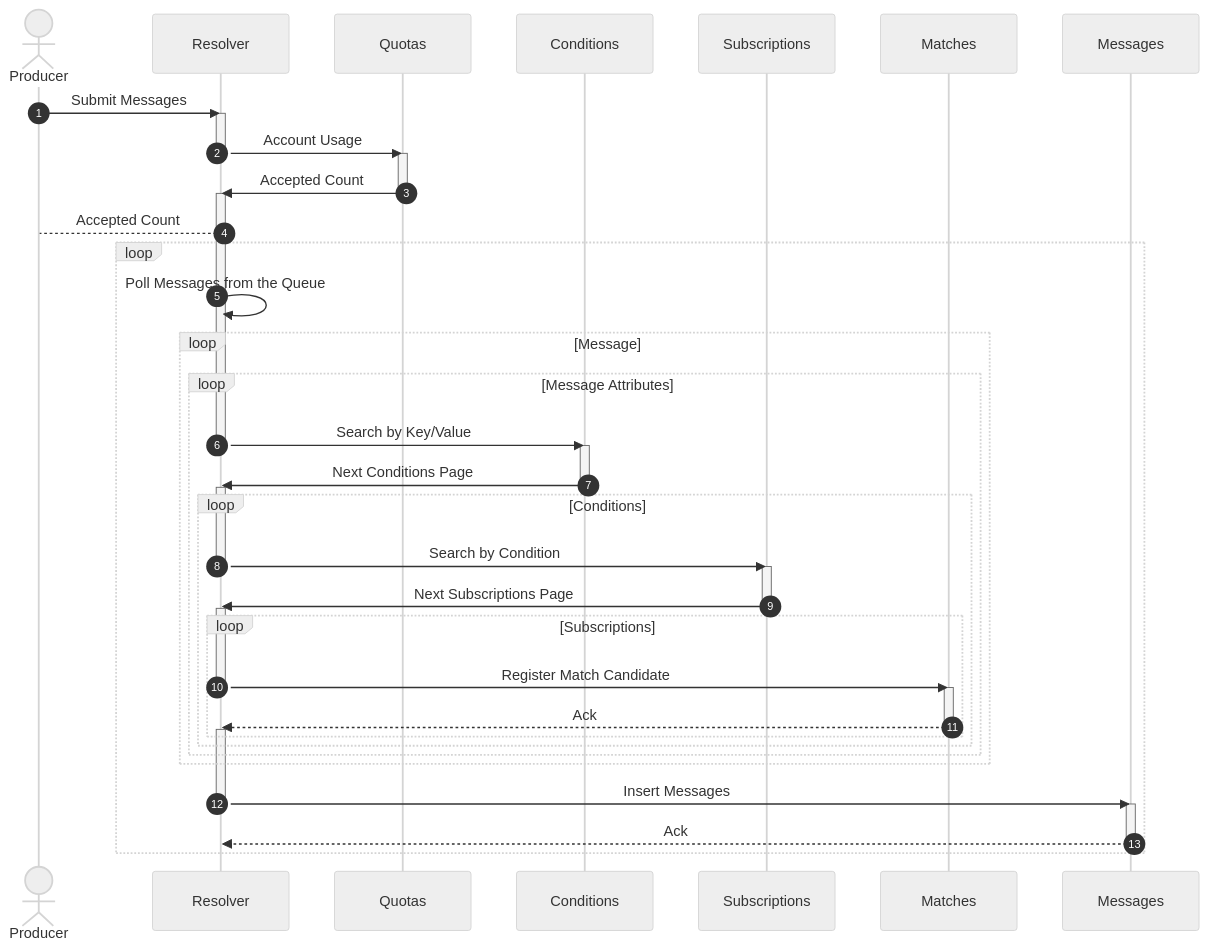
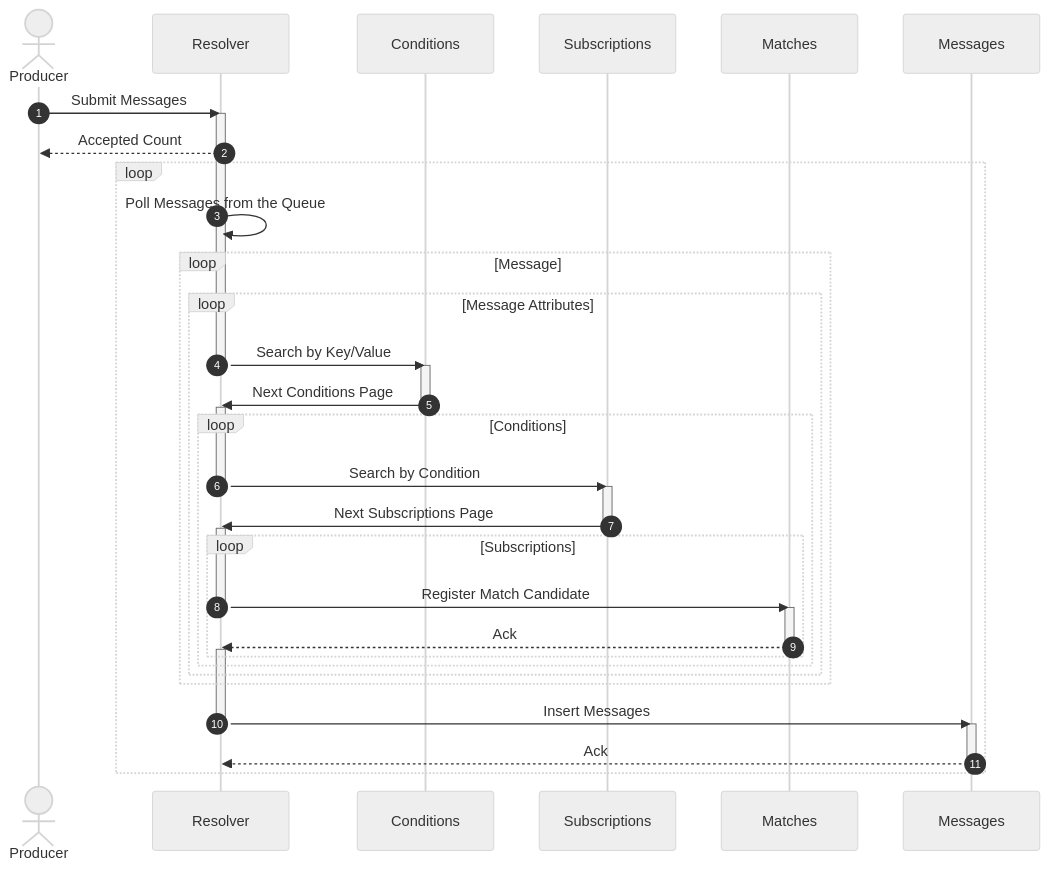
Before and after one commit to awakari/.github: the first of 2 diagrams in profile/README.md, drawn with Mermaid. The commit also changed other lines of this file and 2 other files, not shown here.

Commit message:
readme update

````diff
--- a/profile/README.md
+++ b/profile/README.md
@@ -122,78 +121,69 @@
 ```mermaid
 %%{init: {'theme': 'neutral' } }%%
 sequenceDiagram
 
     autonumber
 
     actor Producer
     participant Resolver
-    participant Quotas
     participant Conditions
     participant Subscriptions
     participant Matches
     participant Messages
 
     Producer->>Resolver: Submit Messages
     
     activate Resolver
-    Resolver->>Quotas: Account Usage
-    deactivate Resolver
-    
-    activate Quotas 
-    Quotas->>Resolver: Accepted Count
-    deactivate Quotas
-    
-    activate Resolver
-    Resolver-->Producer: Accepted Count
+    Resolver-->>Producer: Accepted Count
     
     loop
     
         Resolver->>Resolver: Poll Messages from the Queue
         loop Message
         
             loop Message Attributes
             
                 Resolver->>Conditions: Search by Key/Value
                 deactivate Resolver
                 
                 activate Conditions
                 Conditions->>Resolver: Next Conditions Page
                 deactivate Conditions
                 
                 activate Resolver
                 loop Conditions
                     
                     Resolver->>Subscriptions: Search by Condition
                     deactivate Resolver
                     
                     activate Subscriptions
                     Subscriptions->>Resolver: Next Subscriptions Page
                     deactivate Subscriptions
                     
                     activate Resolver
                     loop Subscriptions
                         
                         Resolver->>Matches: Register Match Candidate
                         deactivate Resolver
                         
                         activate Matches
                         Matches-->>Resolver: Ack
                         deactivate Matches
                         
                         activate Resolver
                         
                     end
                 end
             end
         end
         
         Resolver->>Messages: Insert Messages
         deactivate Resolver
         
         activate Messages
         Messages-->>Resolver: Ack
         deactivate Messages
         
         activate Resolver
     end
 ```
````
